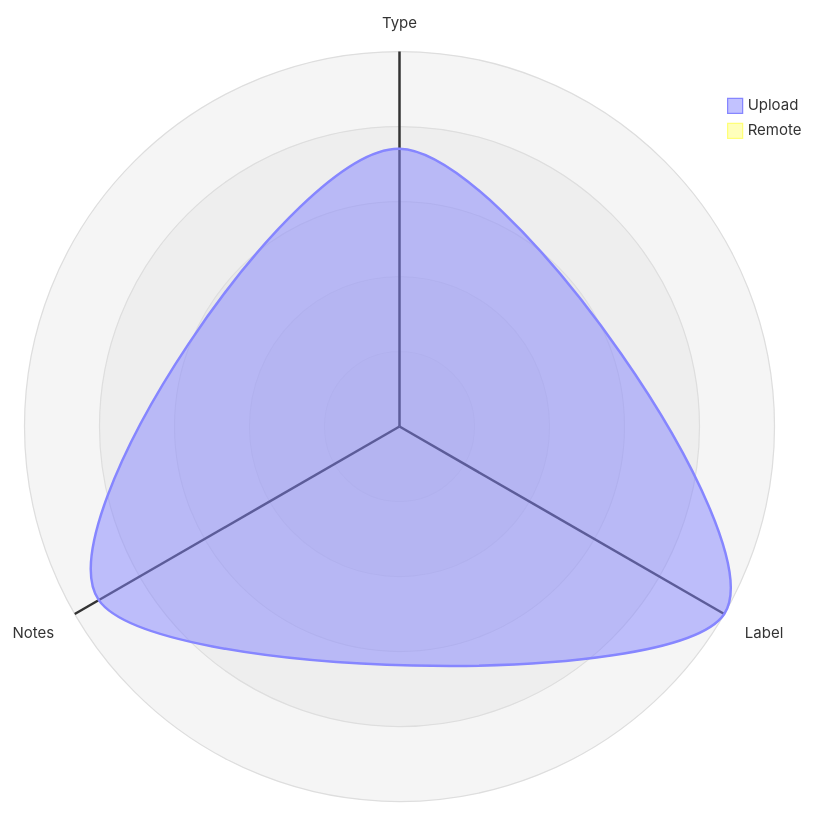
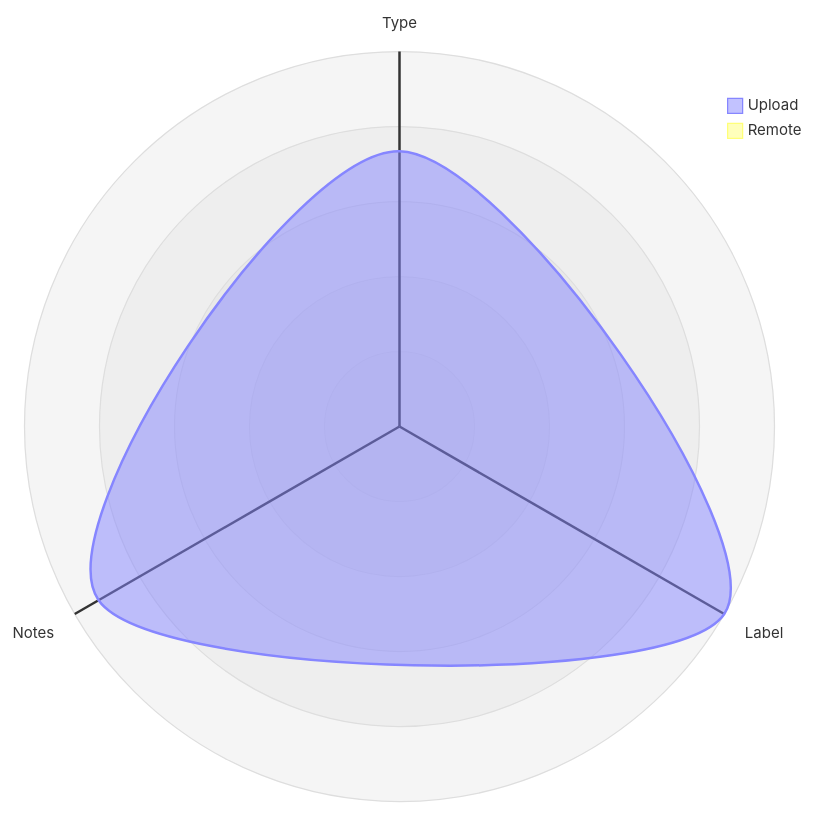
One commit to open-data/analytics-corporate-reporting changed the third of 5 diagrams in datastore_tracker/README.md. Above: the diagram before and after it, drawn with Mermaid. The commit also changed other lines of this file and 9 other files, not shown here.

````diff
--- a/datastore_tracker/README.md
+++ b/datastore_tracker/README.md
@@ -107,12 +107,12 @@
 ```mermaid
 radar-beta
   axis T["Type"], L["Label"], N["Notes"]
-  curve u["Upload"]{0.0008, 0.00108, 0.001}
+  curve u["Upload"]{0.0008, 0.00109, 0.00101}
   curve r["Remote"]{0, 0, 0}
 
   showLegend true
 
   min 0
   graticule circle
   ticks 5
 ```
````
